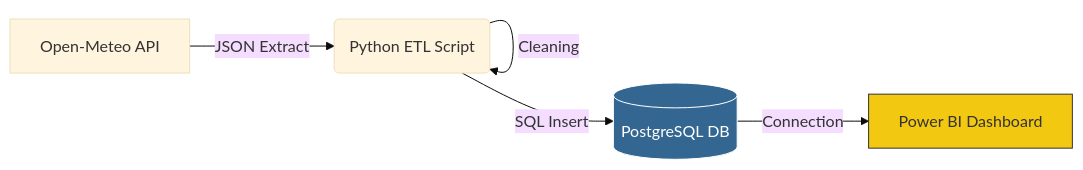
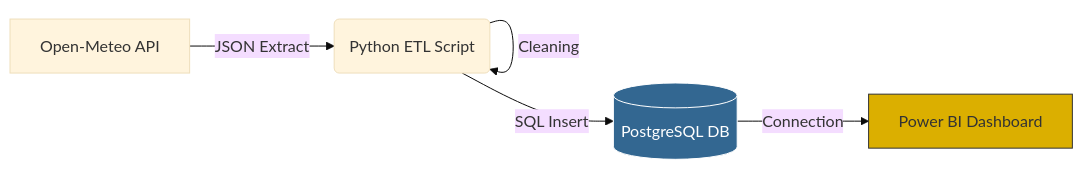
One commit to zarathmgd/Weather_Data_Pipeline changed the diagram in README.md. Above: the diagram before and after it, drawn with Mermaid (base theme).

Commit message:
Update color style for Power BI Dashboard in README

````diff
--- a/README.md
+++ b/README.md
@@ -32,10 +32,10 @@
 ```mermaid
 graph LR
     A[Open-Meteo API] -->|JSON Extract| B(Python ETL Script)
     B -->|Cleaning| B
     B -->|SQL Insert| C[(PostgreSQL DB)]
     C -->|Connection| D[Power BI Dashboard]
     
     style C fill:#336791,stroke:#fff,color:#fff
-    style D fill:#F2C811,stroke:#333
+    style D fill:#DBAF00,stroke:#333
 ```
````
